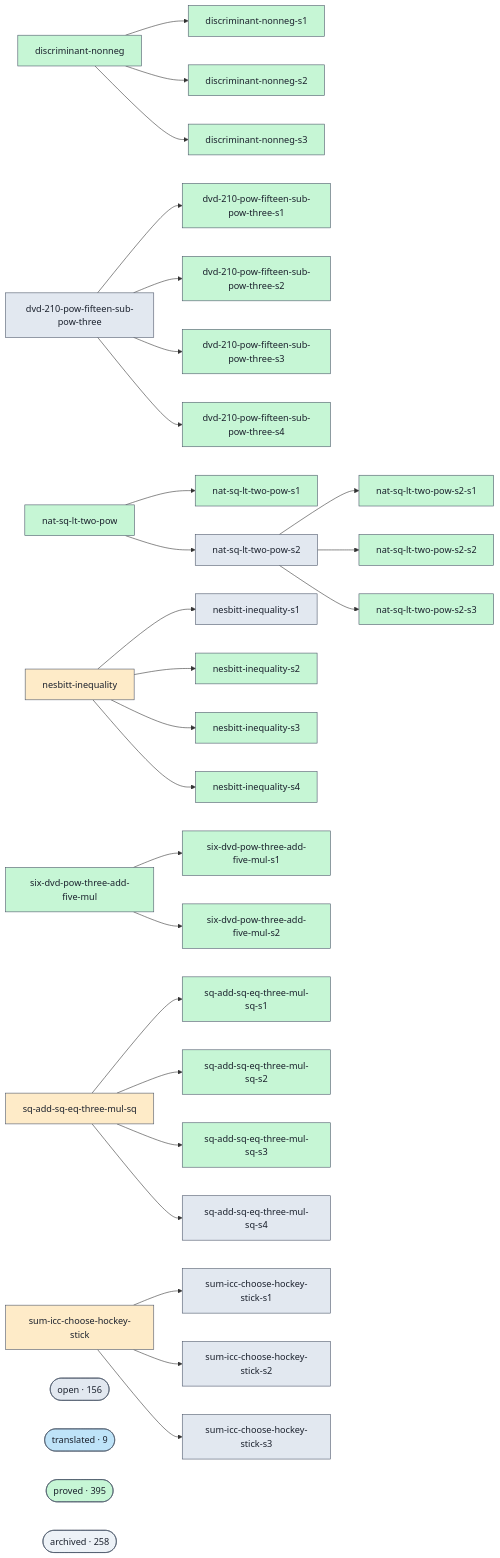
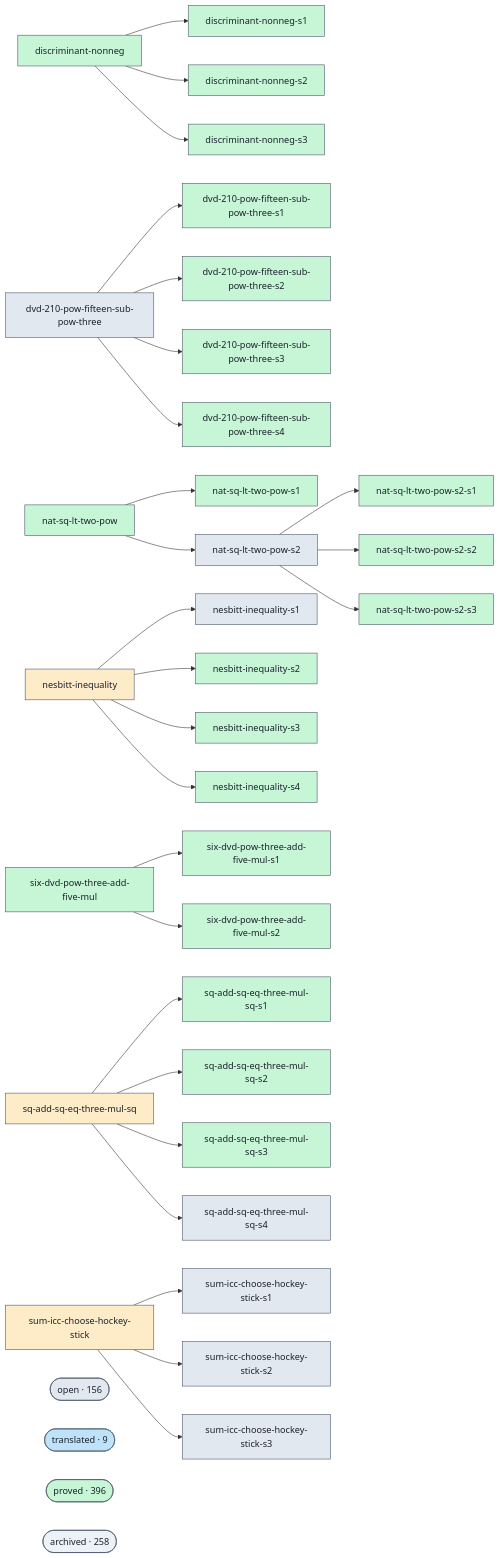
Before and after one commit to Rauxon/unsorry: the diagram in docs/proofs-contributors-visualisation.md, drawn with Mermaid. The commit also changed other lines of this file and 2 other files, not shown here.

```diff
--- a/docs/proofs-contributors-visualisation.md
+++ b/docs/proofs-contributors-visualisation.md
@@ -147,7 +147,7 @@
   class cluster_open open;
   cluster_translated(["translated · 9"])
   class cluster_translated translated;
-  cluster_proved(["proved · 395"])
+  cluster_proved(["proved · 396"])
   class cluster_proved proved;
   cluster_archived(["archived · 258"])
   class cluster_archived unknown;
```
